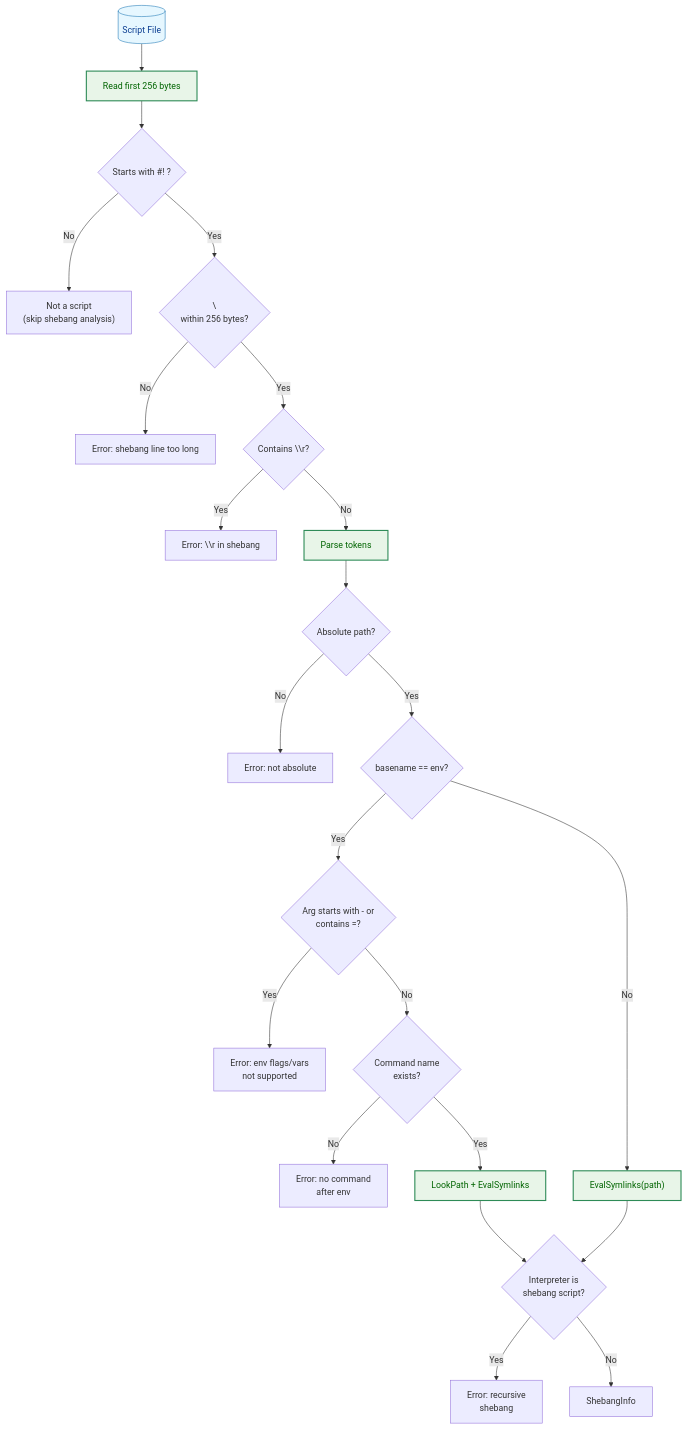
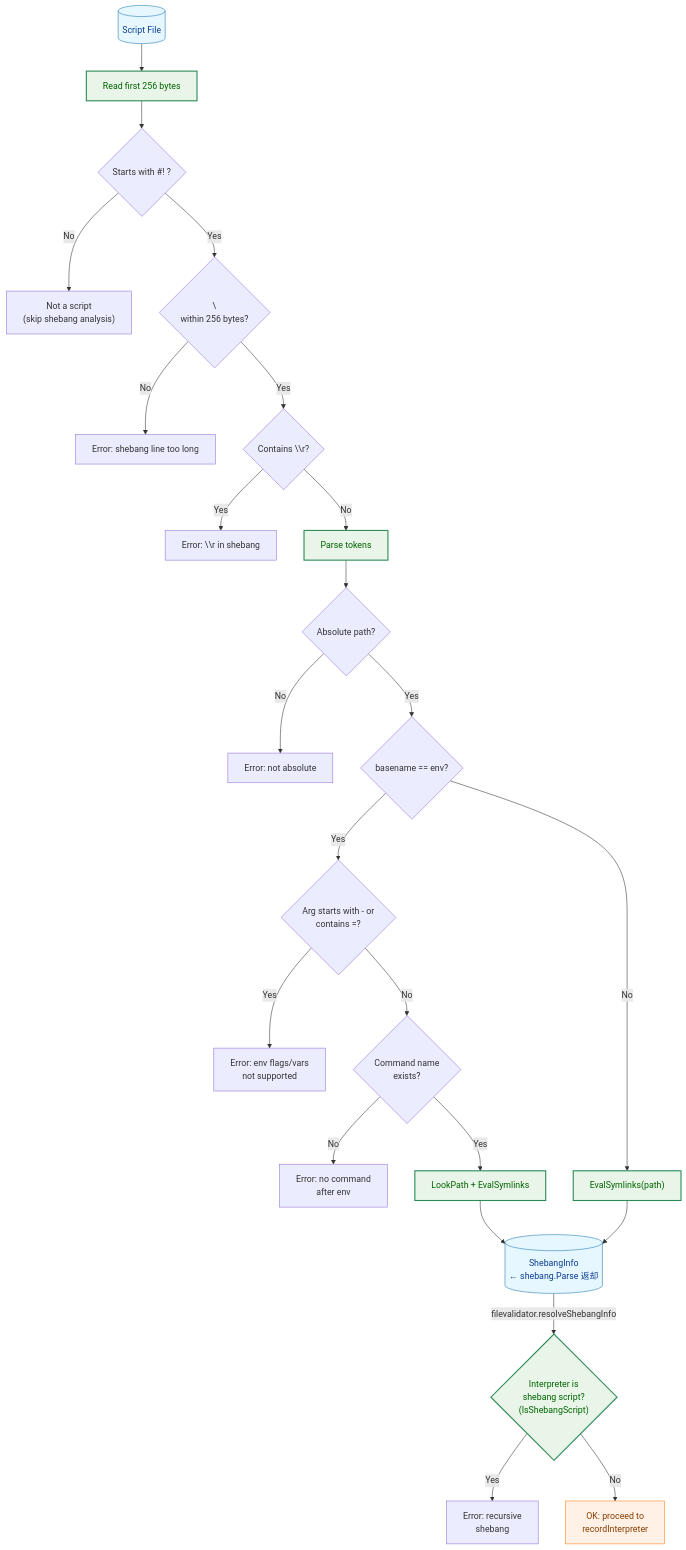
The sixth of 7 diagrams in docs/tasks/0083_shebang_interpreter_tracking/02_architecture.md (isseis/go-safe-cmd-runner), drawn with Mermaid before and after one commit. The commit also changed 2 other files, not shown here.

Commit message:
docs: fix review issues in shebang interpreter tracking design docs
- Fix security flow diagram (02_architecture.md): move RECURSIVE
  (recursive shebang check) node after ShebangInfo return, with label
  clarifying it belongs to filevalidator.resolveShebangInfo, not shebang.Parse
- Consolidate ErrRecursiveShebang into errors.go section 1.2.2
  (03_detailed_specification.md), remove duplicate section 1.4.1
- Move ErrInterpreterRecordNotFound and ErrInterpreterPathMismatch from
  manager.go to errors.go to match existing package conventions
  (03_detailed_specification.md, 04_implementation_plan.md)
- Add comment explaining SchemaVersionMismatchError handling difference
  between VerifyCommandShebangInterpreter and VerifyCommandDynLibDeps

````diff
--- a/docs/tasks/0083_shebang_interpreter_tracking/02_architecture.md
+++ b/docs/tasks/0083_shebang_interpreter_tracking/02_architecture.md
@@ -309,30 +309,34 @@
 ```mermaid
 flowchart TD
     classDef data fill:#e6f7ff,stroke:#1f77b4,stroke-width:1px,color:#0b3d91;
+    classDef process fill:#fff1e6,stroke:#ff7f0e,stroke-width:1px,color:#8a3e00;
     classDef enhanced fill:#e8f5e8,stroke:#2e8b57,stroke-width:2px,color:#006400;
 
     FILE[("Script File")] --> READ["Read first 256 bytes"]
     READ --> MAGIC{"Starts with #! ?"}
     MAGIC -->|"No"| SKIP["Not a script<br>(skip shebang analysis)"]
     MAGIC -->|"Yes"| NEWLINE{"\\n within 256 bytes?"}
     NEWLINE -->|"No"| ERR1["Error: shebang line too long"]
     NEWLINE -->|"Yes"| CR{"Contains \\r?"}
     CR -->|"Yes"| ERR_CR["Error: \\r in shebang"]
     CR -->|"No"| PARSE["Parse tokens"]
     PARSE --> ABS{"Absolute path?"}
     ABS -->|"No"| ERR2["Error: not absolute"]
     ABS -->|"Yes"| ENV{"basename == env?"}
     ENV -->|"Yes"| FLAG{"Arg starts with - or<br>contains =?"}
     FLAG -->|"Yes"| ERR3["Error: env flags/vars<br>not supported"]
     FLAG -->|"No"| CMD{"Command name<br>exists?"}
     CMD -->|"No"| ERR4["Error: no command<br>after env"]
     CMD -->|"Yes"| LOOKPATH["LookPath + EvalSymlinks"]
     ENV -->|"No"| EVALSL["EvalSymlinks(path)"]
-    LOOKPATH --> RECURSIVE{"Interpreter is<br>shebang script?"}
-    EVALSL --> RECURSIVE
+    LOOKPATH --> SI[("ShebangInfo<br>← shebang.Parse 返却")]
+    EVALSL --> SI
+
+    SI -->|"filevalidator.resolveShebangInfo"| RECURSIVE{"Interpreter is<br>shebang script?<br>(IsShebangScript)"}
     RECURSIVE -->|"Yes"| ERR5["Error: recursive<br>shebang"]
-    RECURSIVE -->|"No"| OK["ShebangInfo"]
+    RECURSIVE -->|"No"| OK["OK: proceed to<br>recordInterpreter"]
 
-    class FILE data;
-    class READ,PARSE,LOOKPATH,EVALSL enhanced;
+    class FILE,SI data;
+    class OK process;
+    class READ,PARSE,LOOKPATH,EVALSL,RECURSIVE enhanced;
 ```
````
